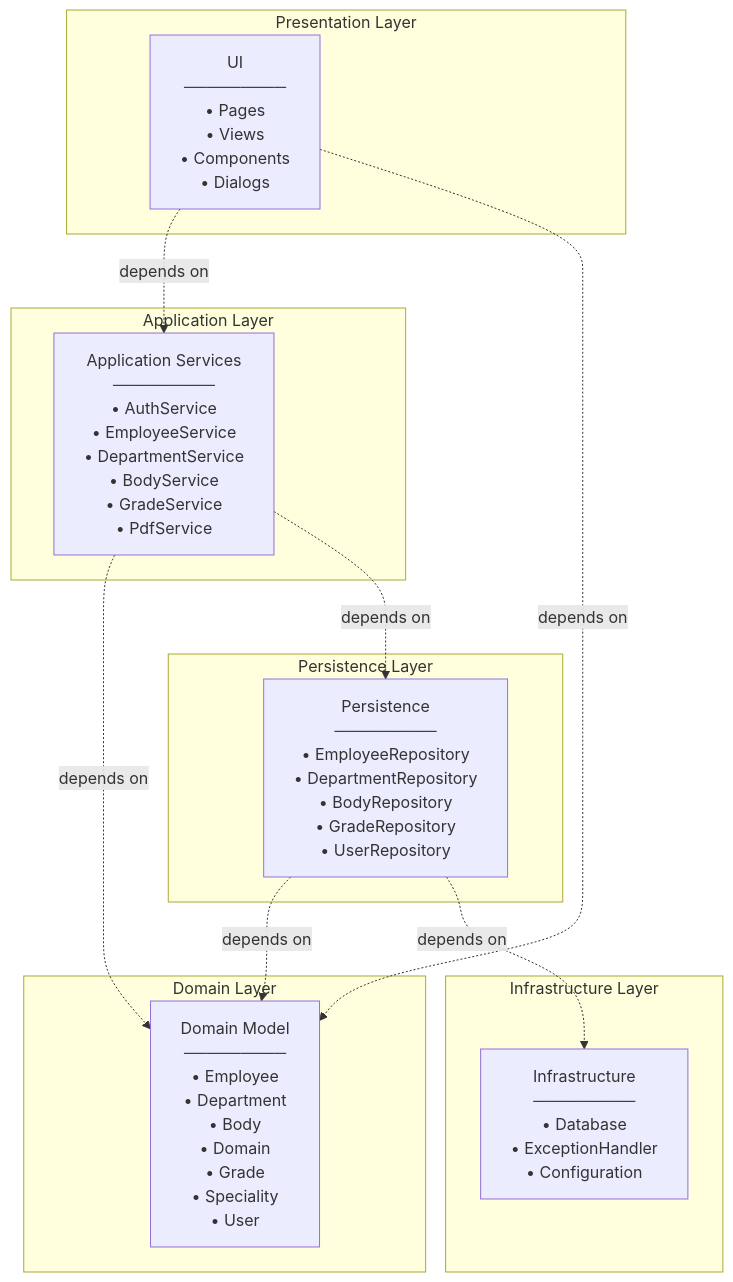
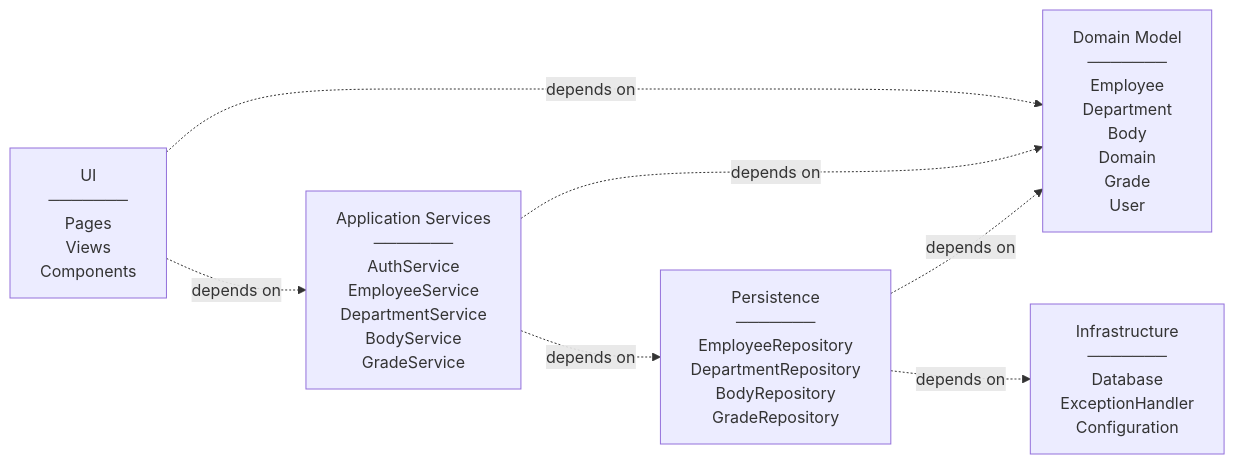
The second of 4 diagrams in diagrams/package.md (AmirtterK/human-resources-management), drawn with Mermaid before and after one commit. The commit also changed other lines of this file, not shown here.

````diff
--- a/diagrams/package.md
+++ b/diagrams/package.md
@@ -73,29 +65,15 @@
 ```mermaid
-graph TB
-    subgraph PresentationLayer["Presentation Layer"]
-        UI_Pkg["UI<br/>─────────<br/>• Pages<br/>• Views<br/>• Components<br/>• Dialogs"]
-    end
-    
-    subgraph ApplicationLayer["Application Layer"]
-        App_Pkg["Application Services<br/>─────────<br/>• AuthService<br/>• EmployeeService<br/>• DepartmentService<br/>• BodyService<br/>• GradeService<br/>• PdfService"]
-    end
-    
-    subgraph DomainModelLayer["Domain Layer"]
-        Domain_Pkg["Domain Model<br/>─────────<br/>• Employee<br/>• Department<br/>• Body<br/>• Domain<br/>• Grade<br/>• Speciality<br/>• User"]
-    end
-    
-    subgraph DataLayer["Persistence Layer"]
-        Persistence_Pkg["Persistence<br/>─────────<br/>• EmployeeRepository<br/>• DepartmentRepository<br/>• BodyRepository<br/>• GradeRepository<br/>• UserRepository"]
-    end
-    
-    subgraph InfrastructureLayer["Infrastructure Layer"]
-        Infra_Pkg["Infrastructure<br/>─────────<br/>• Database<br/>• ExceptionHandler<br/>• Configuration"]
-    end
-    
+graph LR
+    UI_Pkg["UI<br/>───────<br/>Pages<br/>Views<br/>Components"]
+    App_Pkg["Application Services<br/>───────<br/>AuthService<br/>EmployeeService<br/>DepartmentService<br/>BodyService<br/>GradeService"]
+    Domain_Pkg["Domain Model<br/>───────<br/>Employee<br/>Department<br/>Body<br/>Domain<br/>Grade<br/>User"]
+    Persistence_Pkg["Persistence<br/>───────<br/>EmployeeRepository<br/>DepartmentRepository<br/>BodyRepository<br/>GradeRepository"]
+    Infra_Pkg["Infrastructure<br/>───────<br/>Database<br/>ExceptionHandler<br/>Configuration"]
+
     UI_Pkg -.->|depends on| App_Pkg
     UI_Pkg -.->|depends on| Domain_Pkg
     App_Pkg -.->|depends on| Domain_Pkg
     App_Pkg -.->|depends on| Persistence_Pkg
     Persistence_Pkg -.->|depends on| Domain_Pkg
     Persistence_Pkg -.->|depends on| Infra_Pkg
 ```
````
